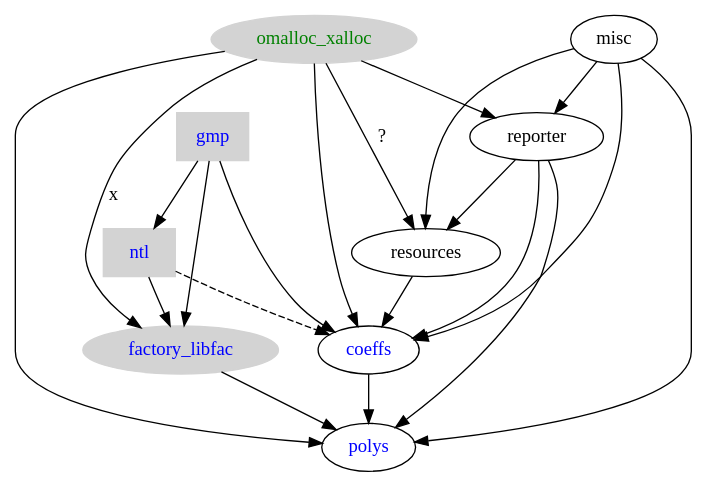
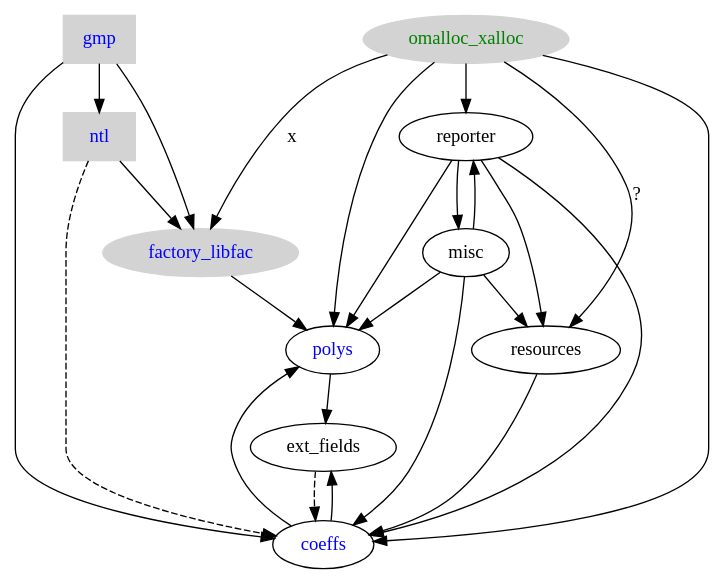
One commit to Singular/Singular changed the diagram in singular.dot. Above: the diagram before and after it, drawn with Graphviz.

Commit message:
ADD: more dependencies

```diff
--- a/singular.dot
+++ b/singular.dot
@@ -1,35 +1,39 @@
 digraph singular {
 	gmp [ color=lightgrey, fontcolor=blue, style=filled, shape=box ];
 	gmp -> ntl;
 	gmp -> factory_libfac;
 	gmp -> coeffs;
 	ntl [ color=lightgrey, fontcolor=blue, style=filled, shape=box ];
 	ntl -> factory_libfac;
 	omalloc_xalloc [ color=lightgrey, fontcolor=green, style=filled ];
 	omalloc_xalloc -> factory_libfac [label="x"];
 	omalloc_xalloc -> reporter;
 	omalloc_xalloc -> resources [label="?"];
 	omalloc_xalloc -> coeffs;
 	omalloc_xalloc -> polys;
 	factory_libfac [ color=lightgrey, fontcolor=blue, style=filled ];
 	factory_libfac -> polys;
 	misc -> reporter;
 	misc -> resources;
 	misc -> coeffs;
 	misc -> polys;
 	reporter -> resources;
 	reporter -> coeffs;
 	reporter -> polys;
+	reporter -> misc;	
 	resources -> coeffs;
-	coeffs [ fontcolor=blue ];
+	polys -> ext_fields;
+	coeffs -> ext_fields;	
+        coeffs [ fontcolor=blue ];
 	coeffs -> polys;
 	edge [style=dashed];
 	ntl -> coeffs;
 	polys [ fontcolor=blue ];
+	ext_fields -> coeffs;
 }
 
 // dot -Tpng -o singular.png singular.dot
 
 // boxed = third party
 // filled = external
 // blue = math
```
